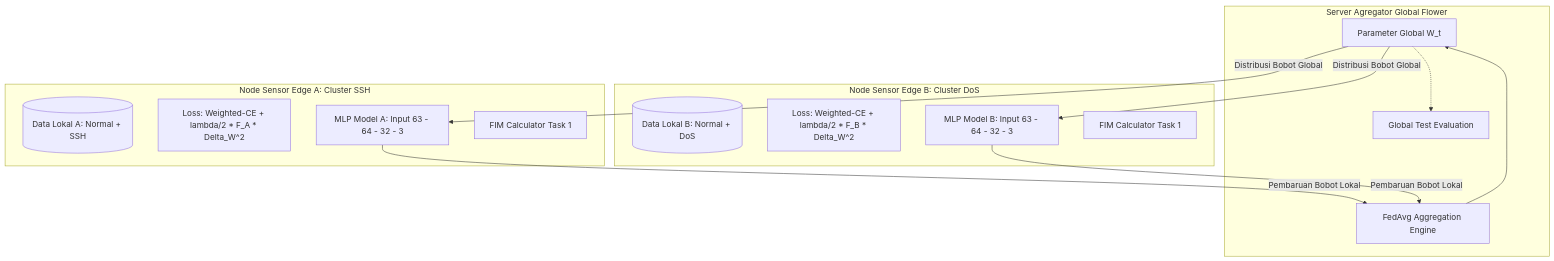
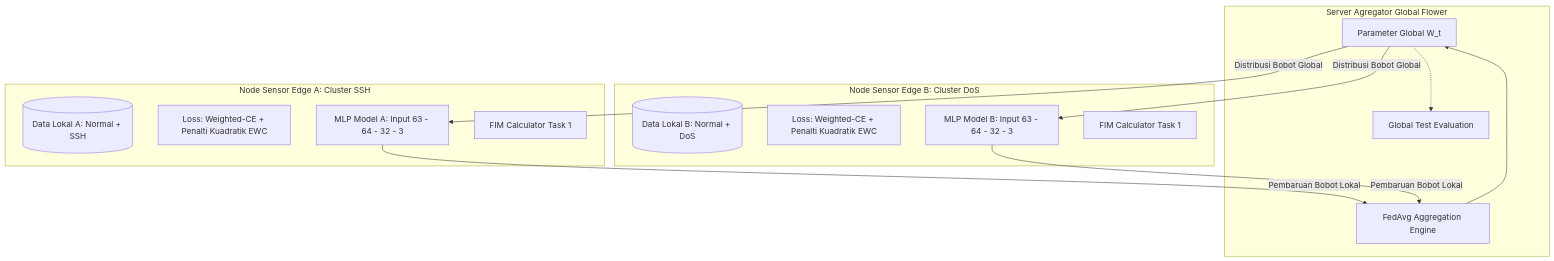
One commit to rhaffle87/brief-thesis changed the fifth of 7 diagrams in Penulisan/Bab-3-Metodologi-Penelitian.md. Above: the diagram before and after it, drawn with Mermaid. The commit also changed other lines of this file and 2 other files, not shown here.

Commit message:
fix(math): standardisasi blok display math KaTeX dan perbaikan diagram sequence Mermaid

````diff
--- a/Penulisan/Bab-3-Metodologi-Penelitian.md
+++ b/Penulisan/Bab-3-Metodologi-Penelitian.md
@@ -137,29 +137,29 @@
 ```mermaid
 graph TB
     subgraph Server_Global [Server Agregator Global Flower]
         GW[Parameter Global W_t]
         ENG[FedAvg Aggregation Engine]
         EVAL[Global Test Evaluation]
     end
 
     subgraph Client_A [Node Sensor Edge A: Cluster SSH]
         DA[(Data Lokal A: Normal + SSH)]
-        LA[Loss: Weighted-CE + lambda/2 * F_A * Delta_W^2]
+        LA["Loss: Weighted-CE + Penalti Kuadratik EWC"]
         MA[MLP Model A: Input 63 - 64 - 32 - 3]
         FA[FIM Calculator Task 1]
     end
 
     subgraph Client_B [Node Sensor Edge B: Cluster DoS]
         DB[(Data Lokal B: Normal + DoS)]
-        LB[Loss: Weighted-CE + lambda/2 * F_B * Delta_W^2]
+        LB["Loss: Weighted-CE + Penalti Kuadratik EWC"]
         MB[MLP Model B: Input 63 - 64 - 32 - 3]
         FB[FIM Calculator Task 1]
     end
 
     GW -->|Distribusi Bobot Global| MA
     GW -->|Distribusi Bobot Global| MB
     MA -->|Pembaruan Bobot Lokal| ENG
     MB -->|Pembaruan Bobot Lokal| ENG
     ENG --> GW
     GW -.-> EVAL
 ```
````
